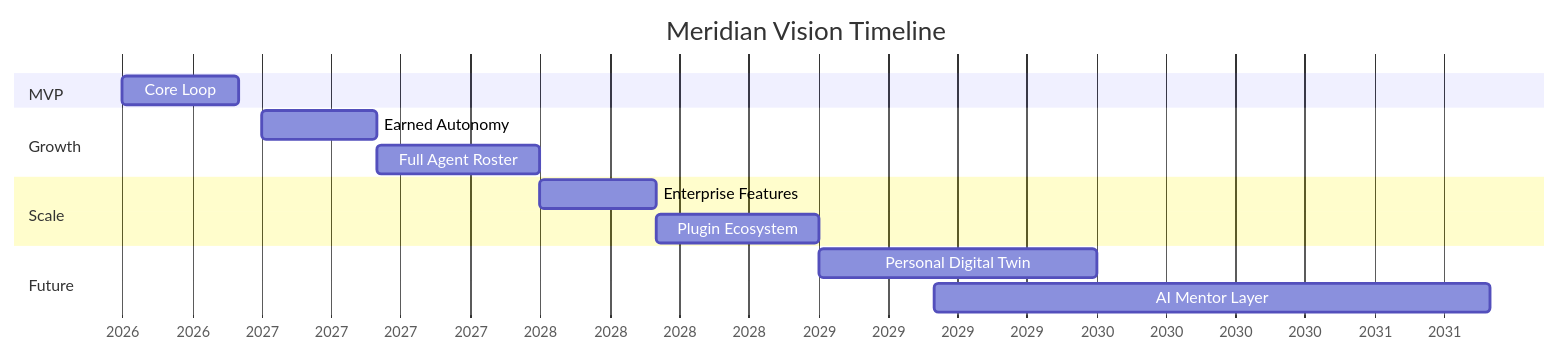
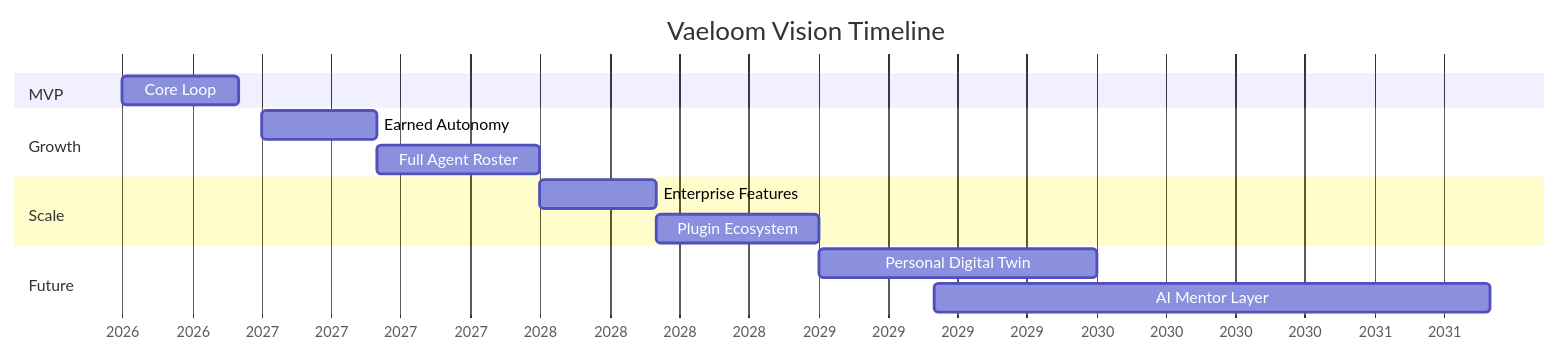
One commit to Driftloom/Vaeloom changed the second of 2 diagrams in Docs/Product/Vision.md. Above: the diagram before and after it, drawn with Mermaid. The commit also changed other lines of this file and 249 other files, not shown here.

Commit message:
Rename all references from Meridian to Vaeloom across docs, scripts, and config

````diff
--- a/Docs/Product/Vision.md
+++ b/Docs/Product/Vision.md
@@ -49,21 +49,21 @@
 ```mermaid
 gantt
-    title Meridian Vision Timeline
+    title Vaeloom Vision Timeline
     dateFormat  YYYY-MM
     axisFormat  %Y
     
     section MVP
     Core Loop: Proof      :2026-07, 2026-12
     
     section Growth
     Earned Autonomy       :2027-01, 2027-06
     Full Agent Roster     :2027-06, 2028-01
     
     section Scale
     Enterprise Features   :2028-01, 2028-06
     Plugin Ecosystem      :2028-06, 2029-01
     
     section Future
     Personal Digital Twin :2029-01, 2030-01
     AI Mentor Layer       :2029-06, 2031-06
 ```
````
